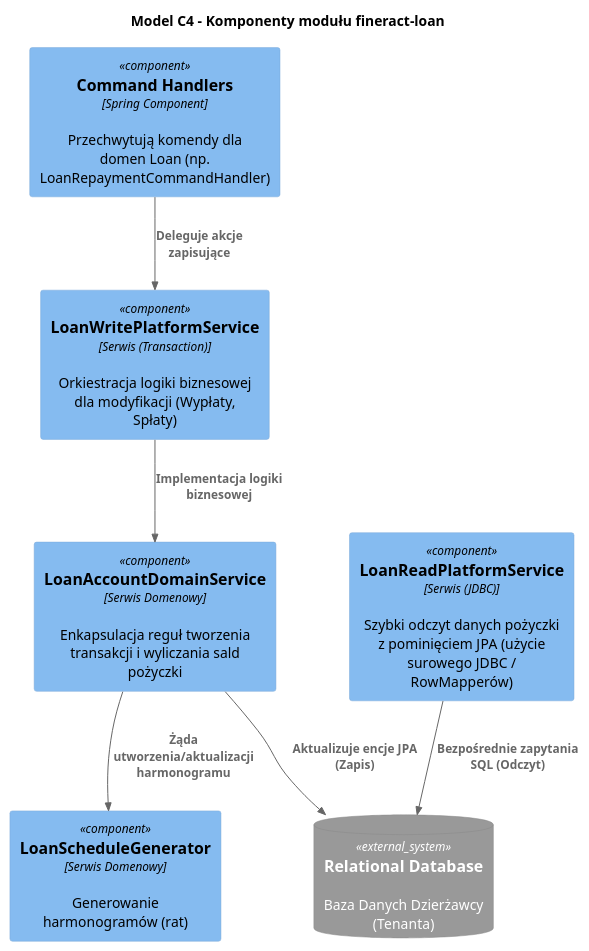
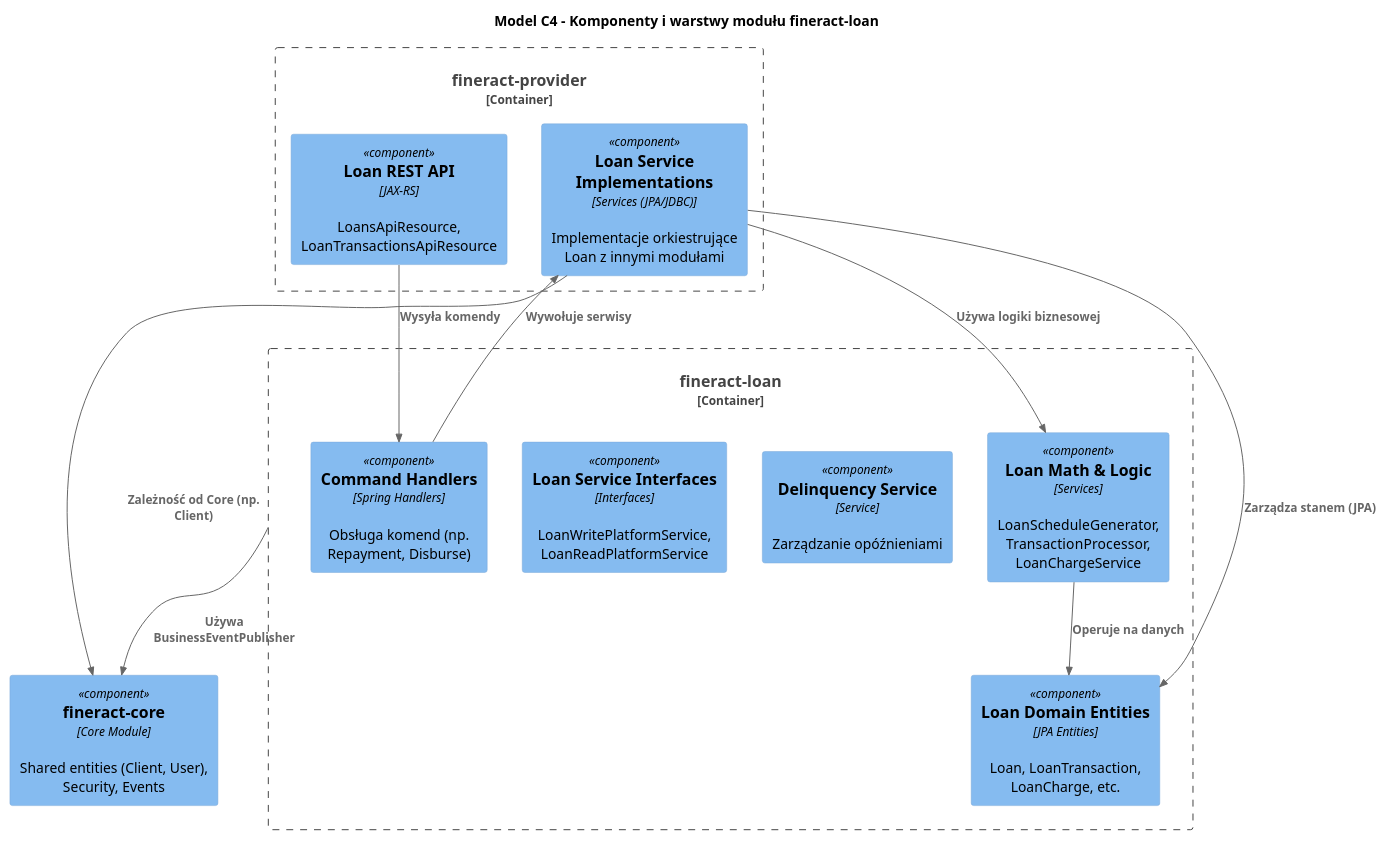
Before and after one commit to mrkwjck/fineract: the first of 5 diagrams in docs/fineract-loan.md, drawn with PlantUML. The commit also changed other lines of this file and 4 other files, not shown here.

````diff
--- a/docs/fineract-loan.md
+++ b/docs/fineract-loan.md
@@ -29,21 +36,30 @@
 ```plantuml
 @startuml
 !include https://raw.githubusercontent.com/plantuml-stdlib/C4-PlantUML/master/C4_Component.puml
-title Model C4 - Komponenty modułu fineract-loan
+title Model C4 - Komponenty i warstwy modułu fineract-loan
 
-Component(command_api, "Command Handlers", "Spring Component", "Przechwytują komendy dla domen Loan (np. LoanRepaymentCommandHandler)")
-Component(loan_write_service, "LoanWritePlatformService", "Serwis (Transaction)", "Orkiestracja logiki biznesowej dla modyfikacji (Wypłaty, Spłaty)")
-Component(loan_read_service, "LoanReadPlatformService", "Serwis (JDBC)", "Szybki odczyt danych pożyczki z pominięciem JPA (użycie surowego JDBC / RowMapperów)")
-Component(loan_domain_service, "LoanAccountDomainService", "Serwis Domenowy", "Enkapsulacja reguł tworzenia transakcji i wyliczania sald pożyczki")
-Component(schedule_generator, "LoanScheduleGenerator", "Serwis Domenowy", "Generowanie harmonogramów (rat)")
+Container_Boundary(loan_mod, "fineract-loan") {
+    Component(loan_entities, "Loan Domain Entities", "JPA Entities", "Loan, LoanTransaction, LoanCharge, etc.")
+    Component(loan_math, "Loan Math & Logic", "Services", "LoanScheduleGenerator, TransactionProcessor, LoanChargeService")
+    Component(delinquency_service, "Delinquency Service", "Service", "Zarządzanie opóźnieniami")
+    Component(loan_interfaces, "Loan Service Interfaces", "Interfaces", "LoanWritePlatformService, LoanReadPlatformService")
+    Component(command_handlers, "Command Handlers", "Spring Handlers", "Obsługa komend (np. Repayment, Disburse)")
+}
 
-SystemDb_Ext(db, "Relational Database", "Baza Danych Dzierżawcy (Tenanta)")
+Container_Boundary(provider_mod, "fineract-provider") {
+    Component(loan_impls, "Loan Service Implementations", "Services (JPA/JDBC)", "Implementacje orkiestrujące Loan z innymi modułami")
+    Component(loan_api, "Loan REST API", "JAX-RS", "LoansApiResource, LoanTransactionsApiResource")
+}
 
-Rel(command_api, loan_write_service, "Deleguje akcje zapisujące")
-Rel(loan_write_service, loan_domain_service, "Implementacja logiki biznesowej")
-Rel(loan_domain_service, schedule_generator, "Żąda utworzenia/aktualizacji harmonogramu")
-Rel(loan_domain_service, db, "Aktualizuje encje JPA (Zapis)")
-Rel(loan_read_service, db, "Bezpośrednie zapytania SQL (Odczyt)")
+Component(fineract_core, "fineract-core", "Core Module", "Shared entities (Client, User), Security, Events")
+
+Rel(loan_api, command_handlers, "Wysyła komendy")
+Rel(command_handlers, loan_impls, "Wywołuje serwisy")
+Rel(loan_impls, loan_math, "Używa logiki biznesowej")
+Rel(loan_impls, loan_entities, "Zarządza stanem (JPA)")
+Rel(loan_math, loan_entities, "Operuje na danych")
+Rel(loan_impls, fineract_core, "Zależność od Core (np. Client)")
+Rel(loan_mod, fineract_core, "Używa BusinessEventPublisher")
 
 @enduml
 ```
````
